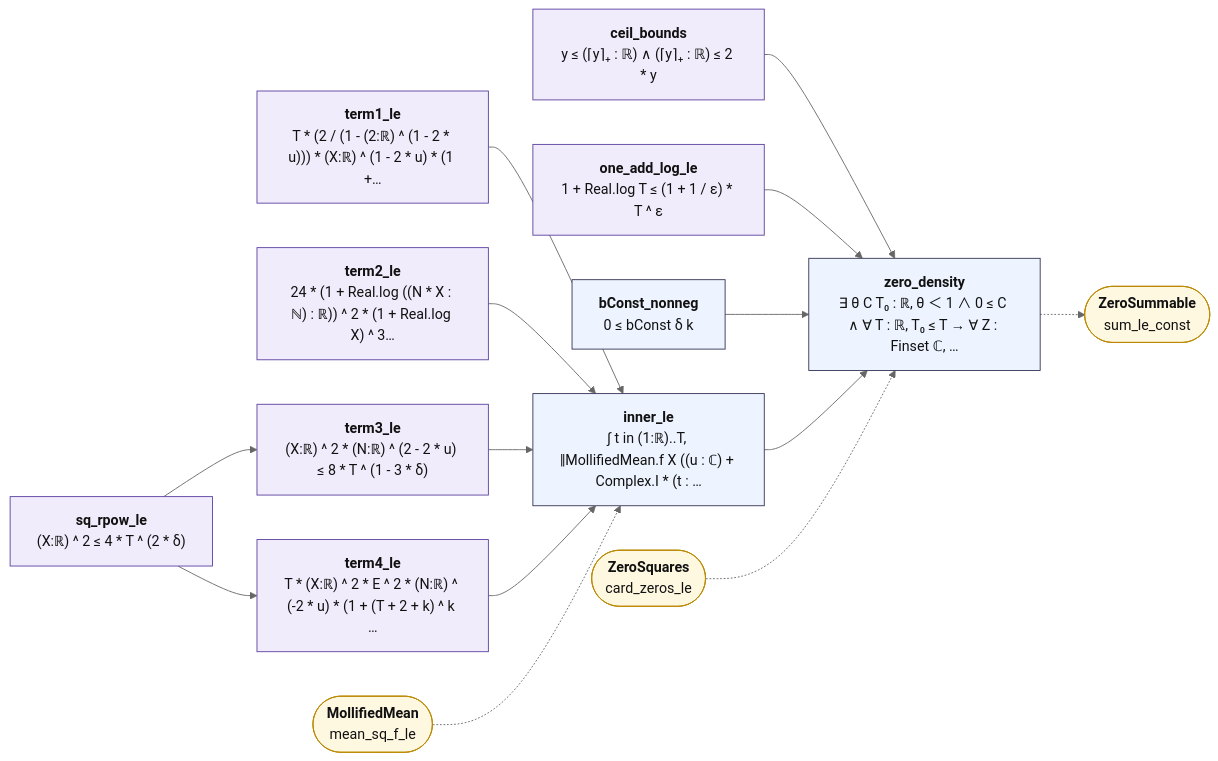
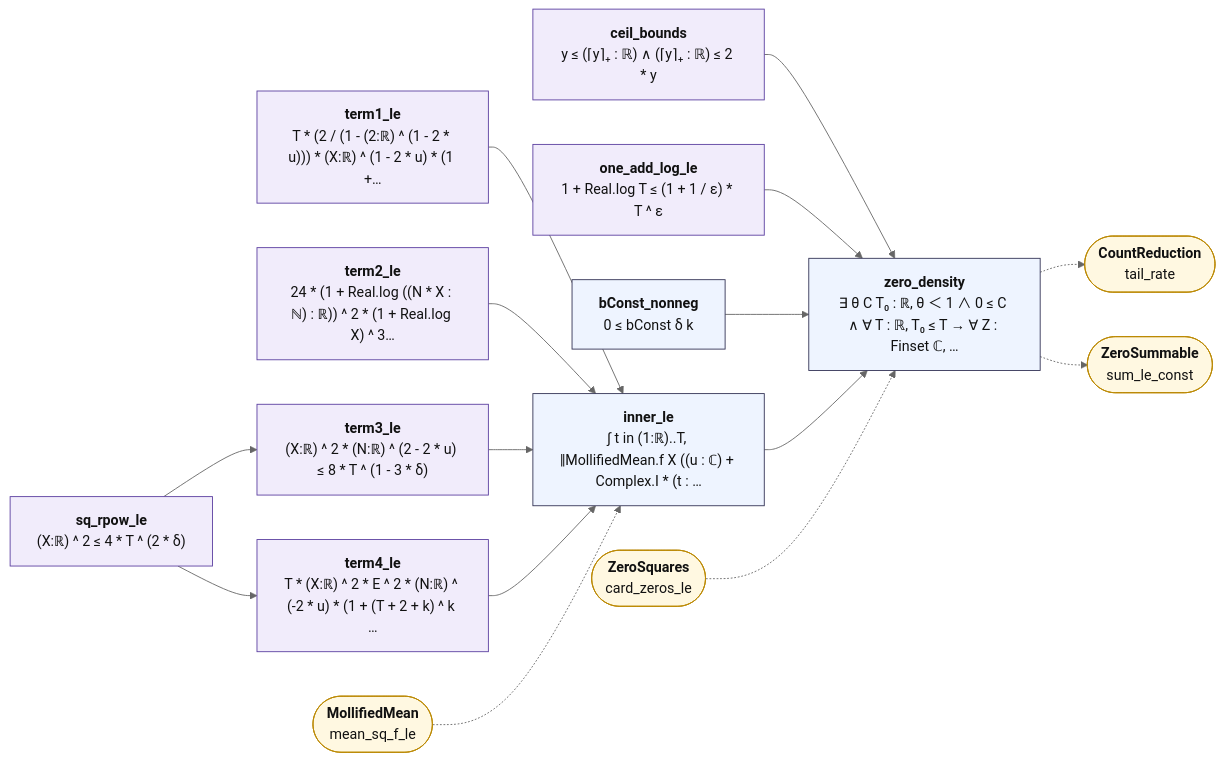
One commit to juliansambranojr/Primebeat_081426 changed the diagram in map/lean_stage3/ZeroDensity.md. Above: the diagram before and after it, drawn with Mermaid (neutral theme). The commit also changed other lines of this file and 43 other files, not shown here.

````diff
--- a/map/lean_stage3/ZeroDensity.md
+++ b/map/lean_stage3/ZeroDensity.md
@@ -12,37 +12,39 @@
 ```mermaid
 flowchart LR
   n0["<b>ceil_bounds</b><br/>y ≤ (⌈y⌉₊ : ℝ) ∧ (⌈y⌉₊ : ℝ) ≤ 2 * y"]:::shp
   n1["<b>one_add_log_le</b><br/>1 + Real.log T ≤ (1 + 1 / ε) * T ^ ε"]:::shp
   n2["<b>sq_rpow_le</b><br/>(X:ℝ) ^ 2 ≤ 4 * T ^ (2 * δ)"]:::shp
   n3["<b>term1_le</b><br/>T * (2 / (1 - (2:ℝ) ^ (1 - 2 * u))) * (X:ℝ) ^ (1 - 2 * u) * (1 +…"]:::shp
   n4["<b>term2_le</b><br/>24 * (1 + Real.log ((N * X : ℕ) : ℝ)) ^ 2 * (1 + Real.log X) ^ 3…"]:::shp
   n5["<b>term3_le</b><br/>(X:ℝ) ^ 2 * (N:ℝ) ^ (2 - 2 * u) ≤ 8 * T ^ (1 - 3 * δ)"]:::shp
   n6["<b>term4_le</b><br/>T * (X:ℝ) ^ 2 * E ^ 2 * (N:ℝ) ^ (-2 * u) * (1 + (T + 2 + k) ^ k …"]:::shp
   n7["<b>bConst_nonneg</b><br/>0 ≤ bConst δ k"]:::thm
   n8["<b>inner_le</b><br/>∫ t in (1:ℝ)..T, ‖MollifiedMean.f X ((u : ℂ) + Complex.I * (t : …"]:::thm
   n9["<b>zero_density</b><br/>∃ θ C T₀ : ℝ, θ ＜ 1 ∧ 0 ≤ C ∧ ∀ T : ℝ, T₀ ≤ T → ∀ Z : Finset ℂ, …"]:::thm
   x0(["<b>MollifiedMean</b><br/>mean_sq_f_le"]):::ext
   x1(["<b>ZeroSquares</b><br/>card_zeros_le"]):::ext
-  x2(["<b>ZeroSummable</b><br/>sum_le_const"]):::ext
+  x2(["<b>CountReduction</b><br/>tail_rate"]):::ext
+  x3(["<b>ZeroSummable</b><br/>sum_le_const"]):::ext
   n0 --> n9
   n1 --> n9
   n2 --> n5
   n2 --> n6
   n3 --> n8
   n4 --> n8
   n5 --> n8
   n6 --> n8
   n7 --> n9
   n8 --> n9
   n9 -.-> x2
+  n9 -.-> x3
   x0 -.-> n8
   x1 -.-> n9
   classDef cnt fill:#dff5ec,stroke:#17694a,color:#111
   classDef shp fill:#f1ecfb,stroke:#5b3fa0,color:#111
   classDef rh fill:#ffe5e5,stroke:#c22,color:#111,stroke-width:2px
   classDef thm fill:#eef4ff,stroke:#335,color:#111
   classDef end_ fill:#e7f7e7,stroke:#2a7,color:#111,stroke-width:2px
   classDef lone fill:#fff,stroke:#999,color:#111,stroke-dasharray:4 3
   classDef bad fill:#ffe5e5,stroke:#c22,color:#111,stroke-width:2px
   classDef ext fill:#fff8e1,stroke:#b80,color:#111
 ```
````
